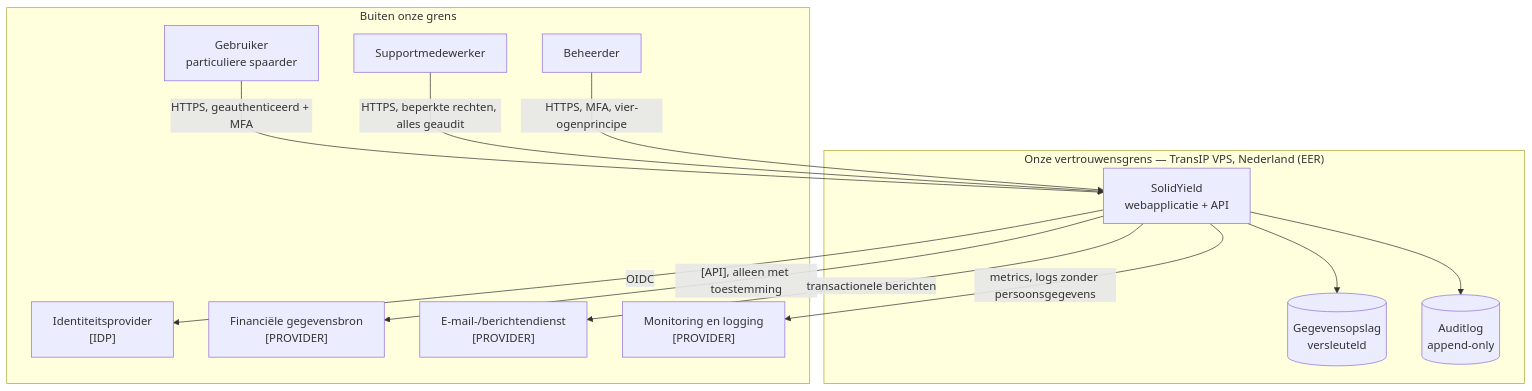
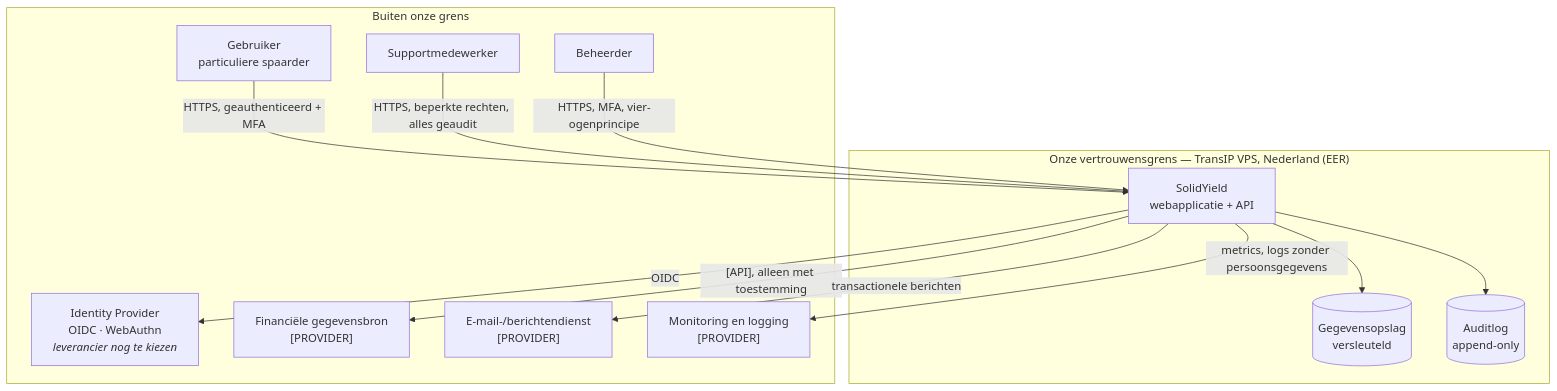
One commit to WildcatKSS/SolidYield changed the diagram in docs/architecture/system-context.md. Above: the diagram before and after it, drawn with Mermaid. The commit also changed other lines of this file and 16 other files, not shown here.

````diff
--- a/docs/architecture/system-context.md
+++ b/docs/architecture/system-context.md
@@ -11,28 +14,28 @@
 ```mermaid
 graph TB
     subgraph external["Buiten onze grens"]
         U["Gebruiker<br/>particuliere spaarder"]
         S["Supportmedewerker"]
         A["Beheerder"]
-        IDP["Identiteitsprovider<br/>[IDP]"]
+        IDP["Identity Provider<br/>OIDC · WebAuthn<br/><i>leverancier nog te kiezen</i>"]
         FIN["Financiële gegevensbron<br/>[PROVIDER]"]
         MAIL["E-mail-/berichtendienst<br/>[PROVIDER]"]
         OBS["Monitoring en logging<br/>[PROVIDER]"]
     end
 
     subgraph trust["Onze vertrouwensgrens — TransIP VPS, Nederland (EER)"]
         APP["SolidYield<br/>webapplicatie + API"]
         DB[("Gegevensopslag<br/>versleuteld")]
         AUDIT[("Auditlog<br/>append-only")]
     end
 
     U -->|"HTTPS, geauthenticeerd + MFA"| APP
     S -->|"HTTPS, beperkte rechten, alles geaudit"| APP
     A -->|"HTTPS, MFA, vier-ogenprincipe"| APP
     APP -->|"OIDC"| IDP
     APP -->|"[API], alleen met toestemming"| FIN
     APP -->|"transactionele berichten"| MAIL
     APP --> DB
     APP --> AUDIT
     APP -->|"metrics, logs zonder persoonsgegevens"| OBS
 ```
````
